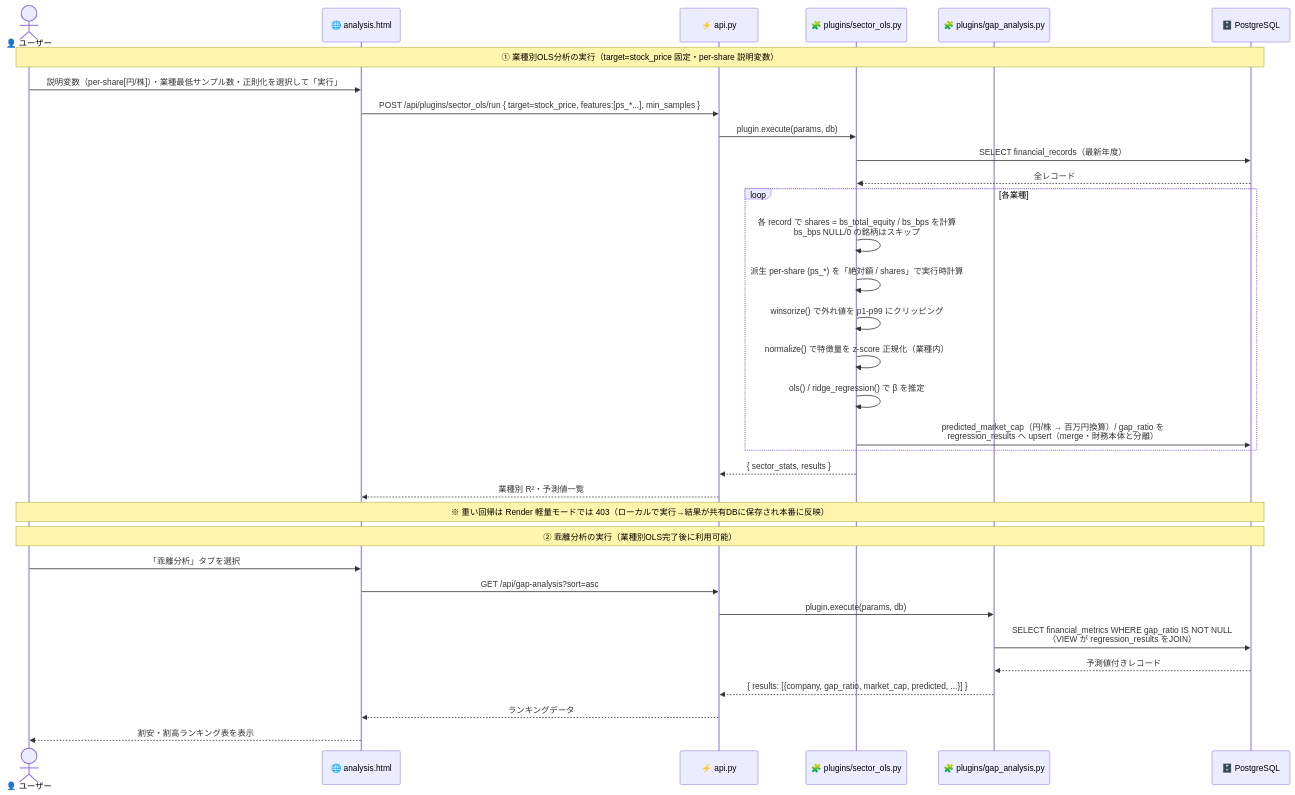
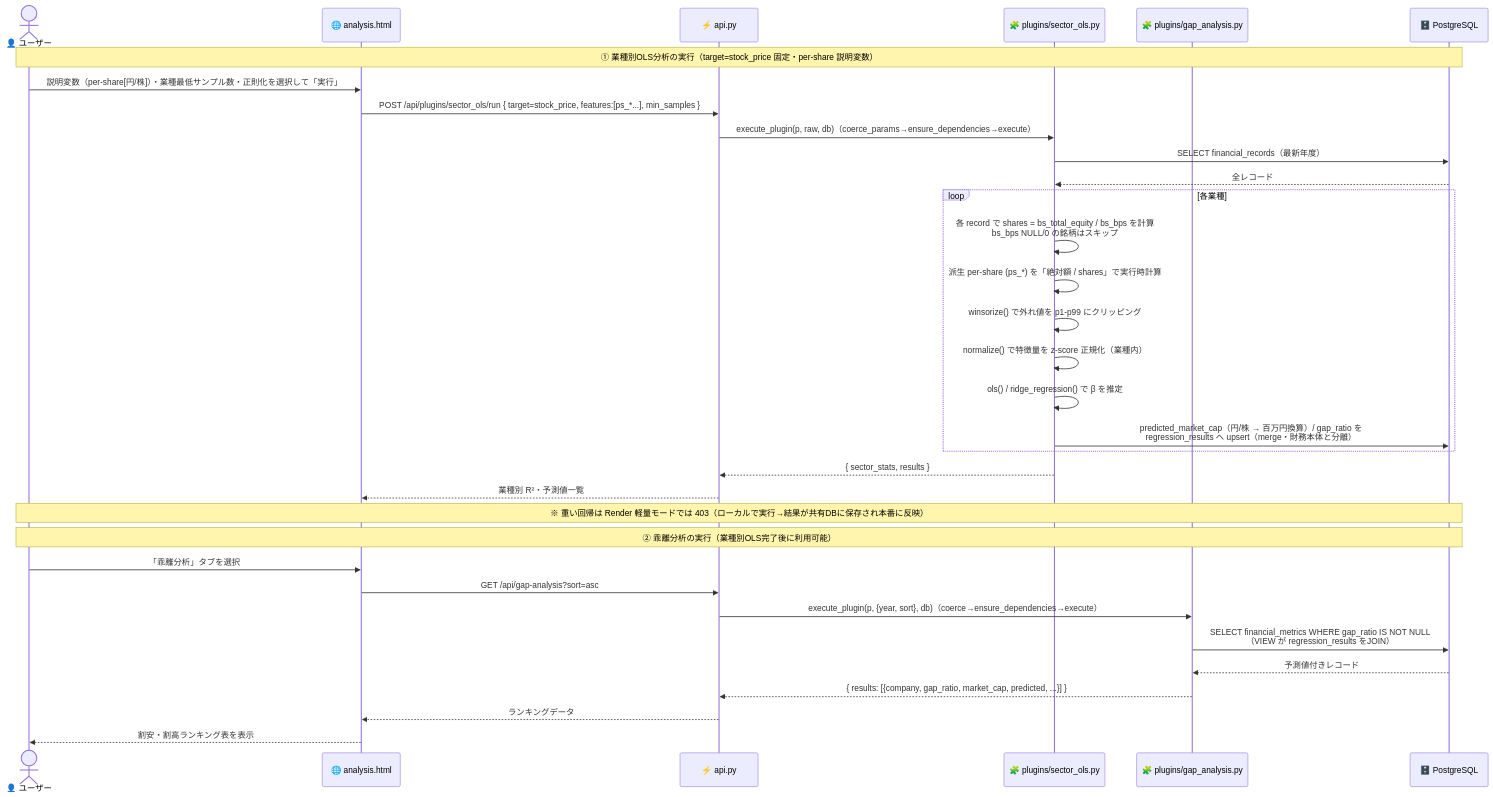
The sixth of 12 diagrams in docs/ARCHITECTURE.md (kome-kome/financial_app), drawn with Mermaid before and after one commit. The commit also changed other lines of this file and 18 other files, not shown here.

First line of the commit message:
feat(plugins): パラメータ契約と coerce_params/execute_plugin seam の確立

````diff
--- a/docs/ARCHITECTURE.md
+++ b/docs/ARCHITECTURE.md
@@ -448,41 +448,41 @@
 ```mermaid
 sequenceDiagram
     actor       User  as 👤 ユーザー
     participant UI    as 🌐 analysis.html
     participant API   as ⚡ api.py
     participant PLG   as 🧩 plugins/sector_ols.py
     participant GAP   as 🧩 plugins/gap_analysis.py
     participant DB    as 🗄️ PostgreSQL
 
     Note over User,DB: ① 業種別OLS分析の実行（target=stock_price 固定・per-share 説明変数）
     User ->> UI  : 説明変数（per-share[円/株]）・業種最低サンプル数・正則化を選択して「実行」
     UI   ->> API : POST /api/plugins/sector_ols/run { target=stock_price, features:[ps_*...], min_samples }
-    API  ->> PLG : plugin.execute(params, db)
+    API  ->> PLG : execute_plugin(p, raw, db)（coerce_params→ensure_dependencies→execute）
 
     PLG  ->> DB  : SELECT financial_records（最新年度）
     DB  -->> PLG : 全レコード
 
     loop 各業種
         PLG  ->> PLG : 各 record で shares = bs_total_equity / bs_bps を計算<br/>bs_bps NULL/0 の銘柄はスキップ
         PLG  ->> PLG : 派生 per-share (ps_*) を「絶対額 / shares」で実行時計算
         PLG  ->> PLG : winsorize() で外れ値を p1-p99 にクリッピング
         PLG  ->> PLG : normalize() で特徴量を z-score 正規化（業種内）
         PLG  ->> PLG : ols() / ridge_regression() で β を推定
         PLG  ->> DB  : predicted_market_cap（円/株 → 百万円換算）/ gap_ratio を<br/>regression_results へ upsert（merge・財務本体と分離）
     end
 
     PLG -->> API : { sector_stats, results }
     API -->> UI  : 業種別 R²・予測値一覧
 
     Note over User,DB: ※ 重い回帰は Render 軽量モードでは 403（ローカルで実行→結果が共有DBに保存され本番に反映）
 
     Note over User,DB: ② 乖離分析の実行（業種別OLS完了後に利用可能）
     User ->> UI  : 「乖離分析」タブを選択
     UI   ->> API : GET /api/gap-analysis?sort=asc
-    API  ->> GAP : plugin.execute(params, db)
+    API  ->> GAP : execute_plugin(p, {year, sort}, db)（coerce→ensure_dependencies→execute）
     GAP  ->> DB  : SELECT financial_metrics WHERE gap_ratio IS NOT NULL<br/>（VIEW が regression_results をJOIN）
     DB  -->> GAP : 予測値付きレコード
     GAP -->> API : { results: [{company, gap_ratio, market_cap, predicted, ...}] }
     API -->> UI  : ランキングデータ
     UI  -->> User: 割安・割高ランキング表を表示
 ```
````
